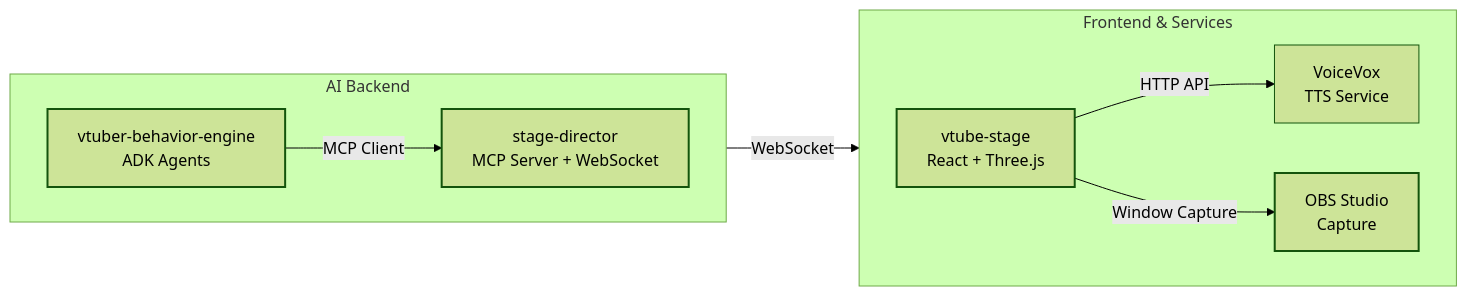
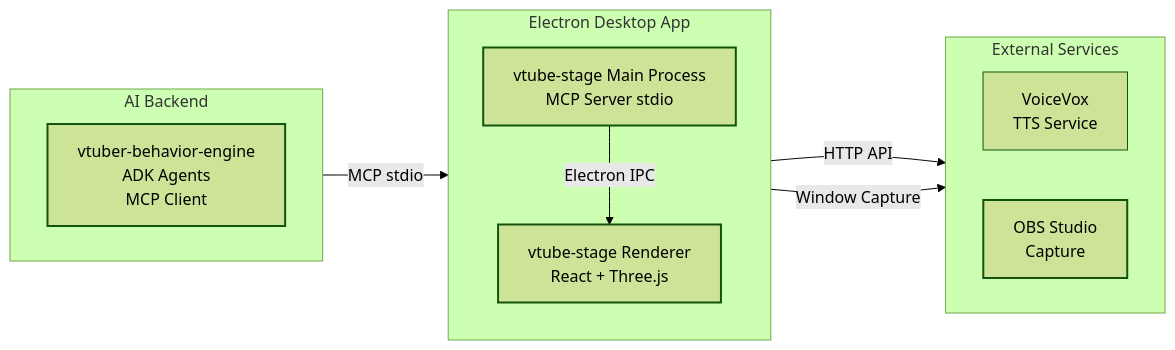
Before and after one commit to LongbowXXX/ai-tuber: the diagram in README.md, drawn with Mermaid (forest theme). The commit also changed other lines of this file and 14 other files, not shown here.

````diff
--- a/README.md
+++ b/README.md
@@ -14,24 +14,28 @@
 ```mermaid
 graph LR
     subgraph "AI Backend"
         direction LR
-        VBE[vtuber-behavior-engine<br/>ADK Agents]
-        SD[stage-director<br/>MCP Server + WebSocket]
+        VBE[vtuber-behavior-engine<br/>ADK Agents<br/>MCP Client]
     end
 
-    subgraph "Frontend & Services"
+    subgraph "Electron Desktop App"
+        direction TB
+        VSMain[vtube-stage Main Process<br/>MCP Server stdio]
+        VSRender[vtube-stage Renderer<br/>React + Three.js]
+        VSMain -- Electron IPC --> VSRender
+    end
+
+    subgraph "External Services"
         direction LR
-        VS[vtube-stage<br/>React + Three.js]
         VV[VoiceVox<br/>TTS Service]
         OBS[OBS Studio<br/>Capture]
     end
 
-    VBE -- MCP Client --> SD;
-    SD -- WebSocket --> VS;
-    VS -- HTTP API --> VV;
-    VS -- Window Capture --> OBS;
+    VBE -- MCP stdio --> VSMain;
+    VSRender -- HTTP API --> VV;
+    VSRender -- Window Capture --> OBS;
     style VBE stroke-width: 2px
-    style SD stroke-width: 2px
-    style VS stroke-width: 2px
+    style VSMain stroke-width: 2px
+    style VSRender stroke-width: 2px
     style OBS stroke-width: 2px
 ```
````
